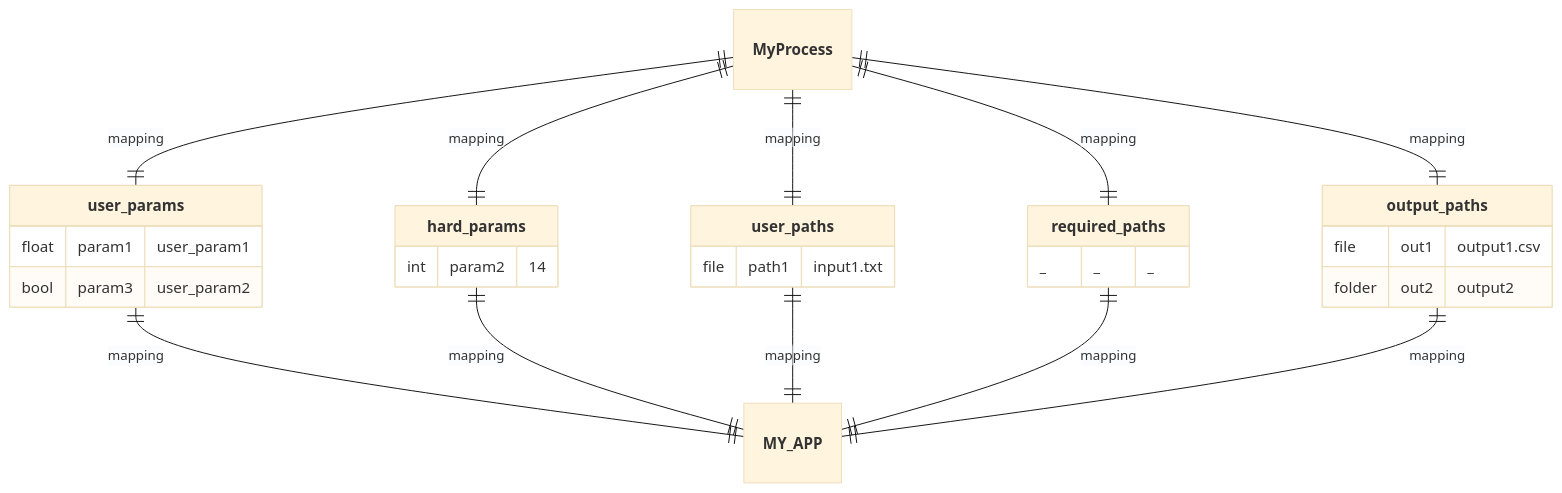
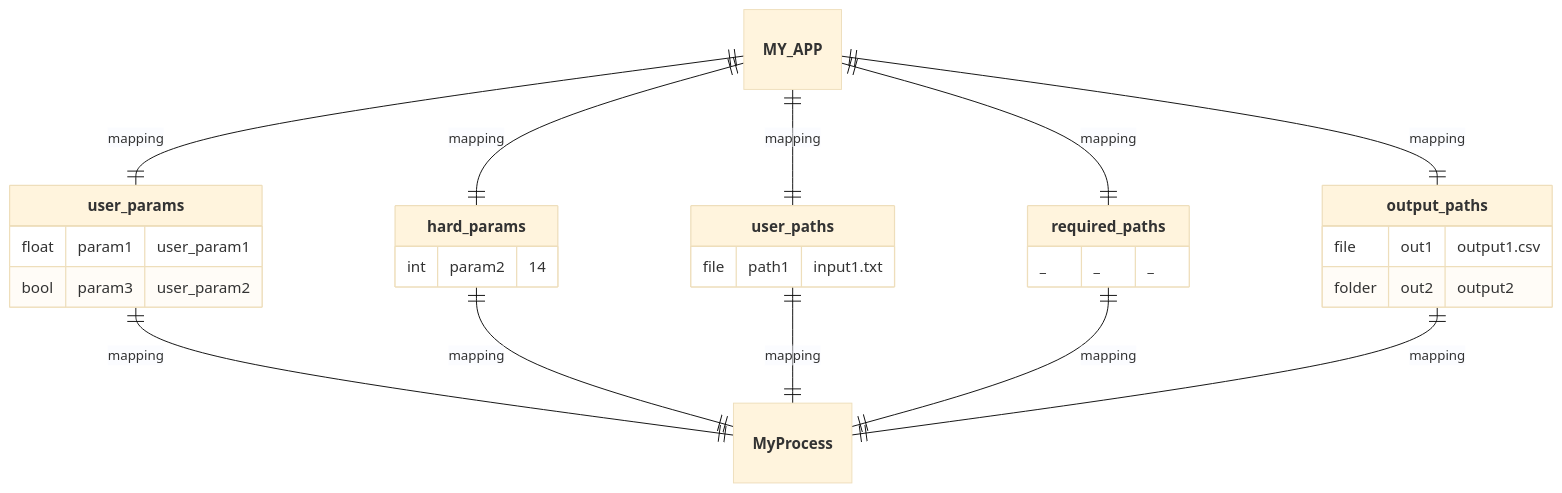
The tenth of 13 diagrams in README.md (nuremics/nuremics), drawn with Mermaid (base theme) before and after one commit. The commit also changed other lines of this file, not shown here.

````diff
--- a/README.md
+++ b/README.md
@@ -282,31 +282,31 @@
 ```mermaid
 erDiagram
-  **MyProcess** ||--|| **user_params** : mapping
-  **MyProcess** ||--|| **hard_params** : mapping
-  **MyProcess** ||--|| **user_paths** : mapping
-  **MyProcess** ||--|| **required_paths** : mapping
-  **MyProcess** ||--|| **output_paths** : mapping
-  **user_params** ||--|| **MY_APP** : mapping
-  **hard_params** ||--|| **MY_APP** : mapping
-  **user_paths** ||--|| **MY_APP** : mapping
-  **required_paths** ||--|| **MY_APP** : mapping
-  **output_paths** ||--|| **MY_APP** : mapping
+  **MY_APP** ||--|| **user_params** : mapping
+  **MY_APP** ||--|| **hard_params** : mapping
+  **MY_APP** ||--|| **user_paths** : mapping
+  **MY_APP** ||--|| **required_paths** : mapping
+  **MY_APP** ||--|| **output_paths** : mapping
+  **user_params** ||--|| **MyProcess** : mapping
+  **hard_params** ||--|| **MyProcess** : mapping
+  **user_paths** ||--|| **MyProcess** : mapping
+  **required_paths** ||--|| **MyProcess** : mapping
+  **output_paths** ||--|| **MyProcess** : mapping
 
   **user_params** {
     float param1 "user_param1"
     bool param3 "user_param2"
   }
   **hard_params** {
     int param2 "14"
   }
   **user_paths** {
     file path1 "input1.txt"
   }
   **required_paths** {
     _ _ "_"
   }
   **output_paths** {
     file out1 "output1.csv"
     folder out2 "output2"
   }
 ```
````
